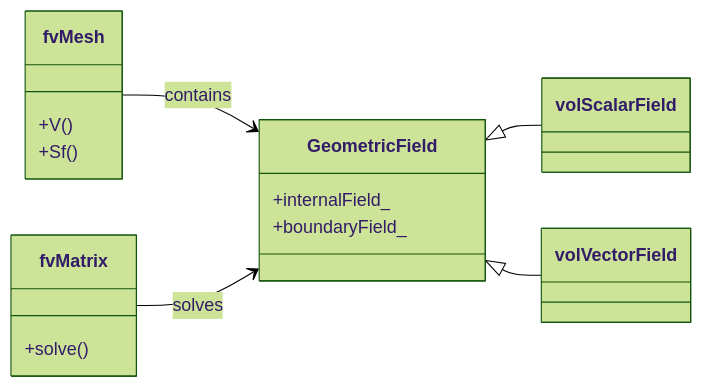
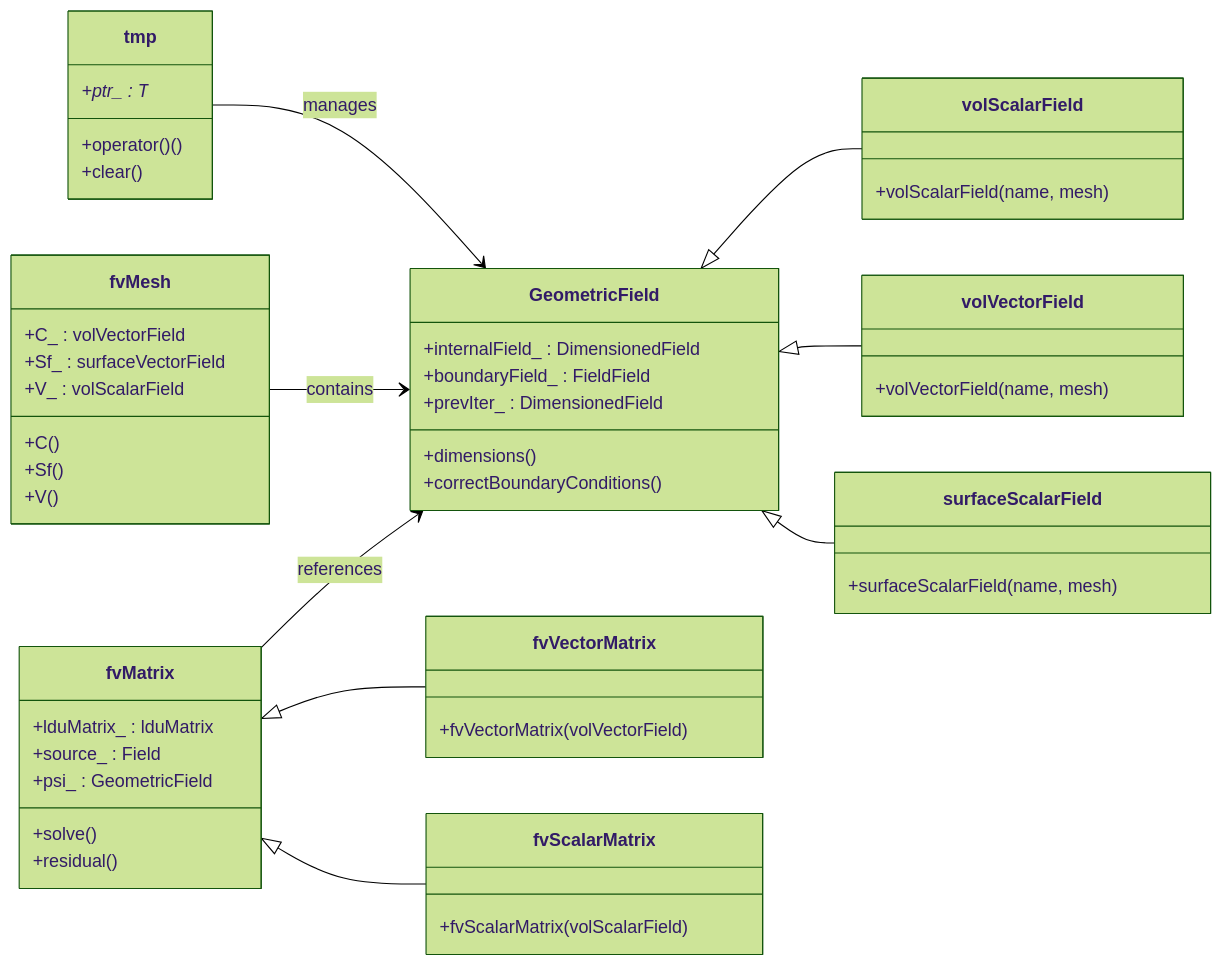
The first of 4 diagrams in daily_learning/2026-01-01.md (wramet/build-my-cfd), drawn with Mermaid (forest theme) before and after one commit. The commit also changed other lines of this file and 2 other files, not shown here.

`````diff
--- a/daily_learning/2026-01-01.md
+++ b/daily_learning/2026-01-01.md
@@ -172,19 +162,65 @@
 ```mermaid
 classDiagram
+    %% เรียงจากซ้ายไปขวา (ช่วยเรื่องพื้นที่แนวนอน)
     direction LR
+
     class GeometricField {
-        +internalField_
-        +boundaryField_
+        +internalField_ : DimensionedField
+        +boundaryField_ : FieldField
+        +prevIter_ : DimensionedField
+        +dimensions()
+        +correctBoundaryConditions()
     }
+
+    class volScalarField {
+        +volScalarField(name, mesh)
+    }
+
+    class volVectorField {
+        +volVectorField(name, mesh)
+    }
+
+    class surfaceScalarField {
+        +surfaceScalarField(name, mesh)
+    }
+
     class fvMatrix {
+        +lduMatrix_ : lduMatrix
+        +source_ : Field
+        +psi_ : GeometricField
         +solve()
+        +residual()
     }
+
+    class fvVectorMatrix {
+        +fvVectorMatrix(volVectorField)
+    }
+
+    class fvScalarMatrix {
+        +fvScalarMatrix(volScalarField)
+    }
+
+    class tmp {
+        +ptr_ : T*
+        +operator()()
+        +clear()
+    }
+
     class fvMesh {
+        +C_ : volVectorField
+        +Sf_ : surfaceVectorField
+        +V_ : volScalarField
+        +C()
+        +Sf()
         +V()
-        +Sf()
     }
+
     GeometricField <|-- volScalarField
     GeometricField <|-- volVectorField
+    GeometricField <|-- surfaceScalarField
+    fvMatrix <|-- fvVectorMatrix
+    fvMatrix <|-- fvScalarMatrix
+    tmp --> GeometricField : manages
     fvMesh --> GeometricField : contains
-    fvMatrix --> GeometricField : solves
-```
+    fvMatrix --> GeometricField : references
+````
`````
